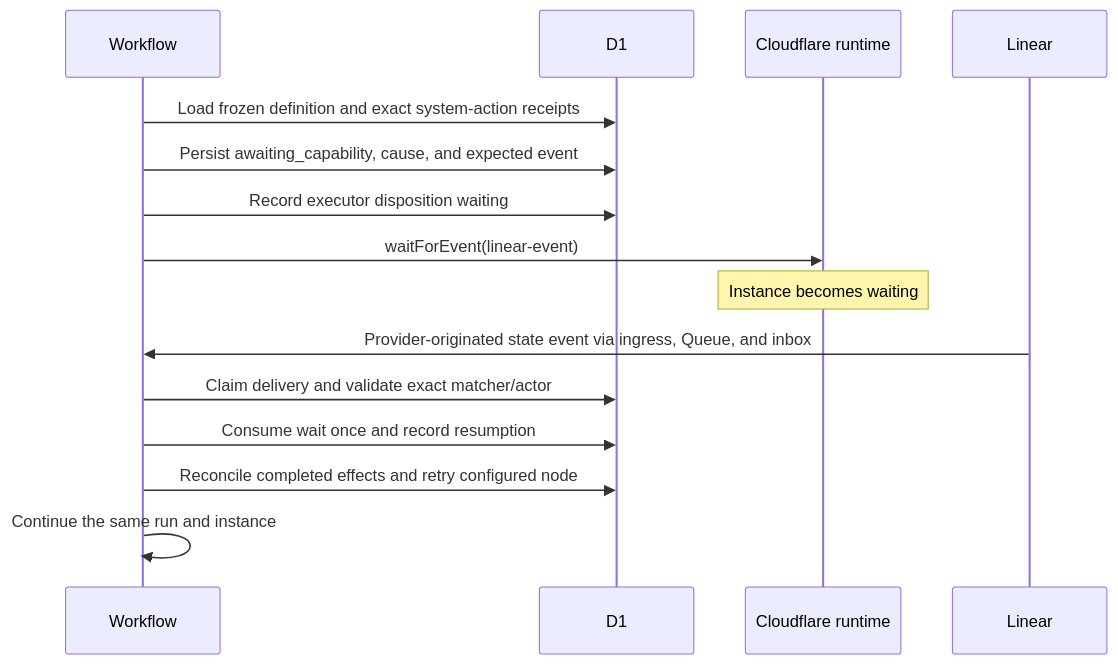
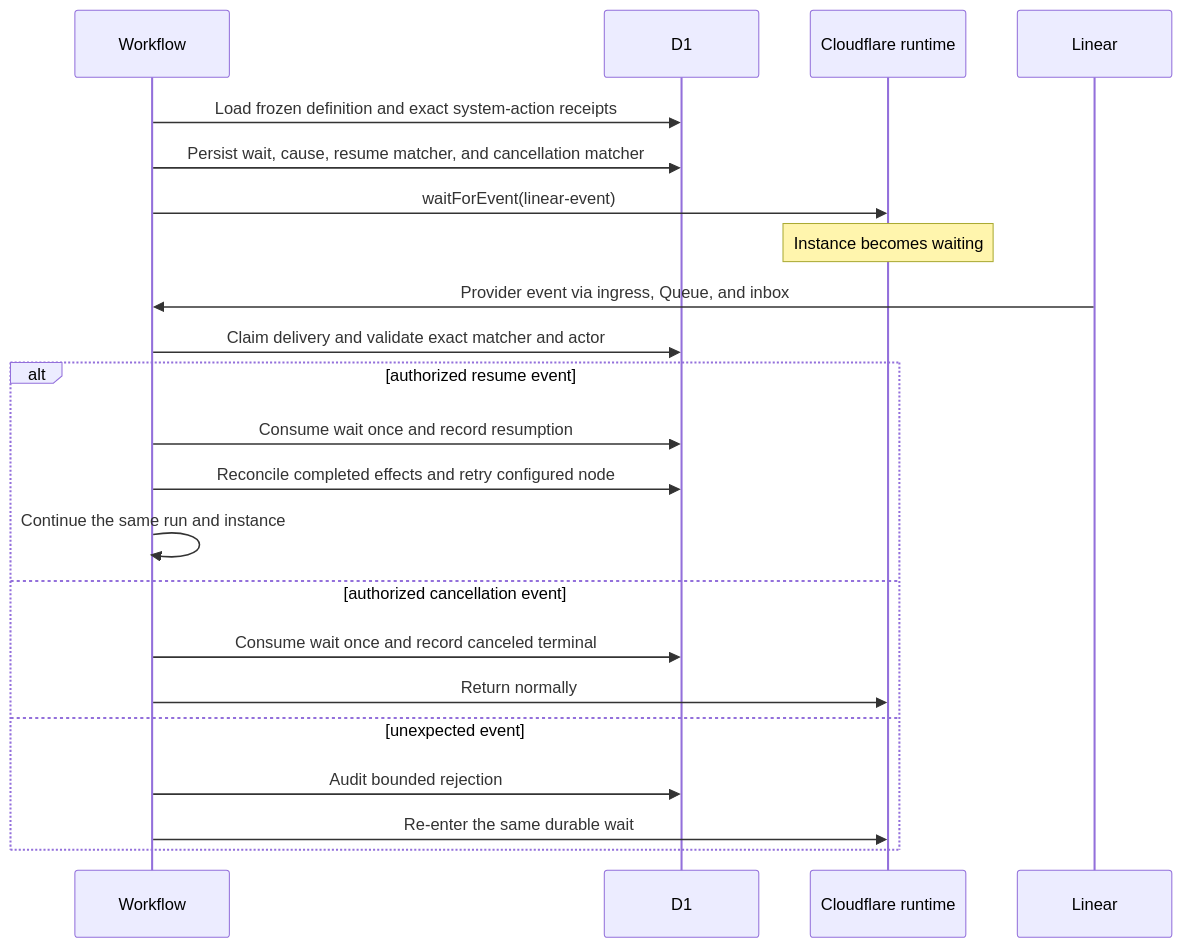
The second of 2 diagrams in openspec/changes/separate-executor-and-business-lifecycle/design.md (sachinkundu/deos), drawn with Mermaid before and after one commit. The commit also changed other lines of this file and 4 other files, not shown here.

````diff
--- a/openspec/changes/separate-executor-and-business-lifecycle/design.md
+++ b/openspec/changes/separate-executor-and-business-lifecycle/design.md
@@ -58,18 +59,25 @@
 ```mermaid
 sequenceDiagram
     participant W as Workflow
     participant D as D1
     participant C as Cloudflare runtime
     participant L as Linear
 
     W->>D: Load frozen definition and exact system-action receipts
-    W->>D: Persist awaiting_capability, cause, and expected event
-    W->>D: Record executor disposition waiting
+    W->>D: Persist wait, cause, resume matcher, and cancellation matcher
     W->>C: waitForEvent(linear-event)
     Note over C: Instance becomes waiting
-    L->>W: Provider-originated state event via ingress, Queue, and inbox
-    W->>D: Claim delivery and validate exact matcher/actor
-    W->>D: Consume wait once and record resumption
-    W->>D: Reconcile completed effects and retry configured node
-    W->>W: Continue the same run and instance
+    L->>W: Provider event via ingress, Queue, and inbox
+    W->>D: Claim delivery and validate exact matcher and actor
+    alt authorized resume event
+        W->>D: Consume wait once and record resumption
+        W->>D: Reconcile completed effects and retry configured node
+        W->>W: Continue the same run and instance
+    else authorized cancellation event
+        W->>D: Consume wait once and record canceled terminal
+        W->>C: Return normally
+    else unexpected event
+        W->>D: Audit bounded rejection
+        W->>C: Re-enter the same durable wait
+    end
 ```
````
